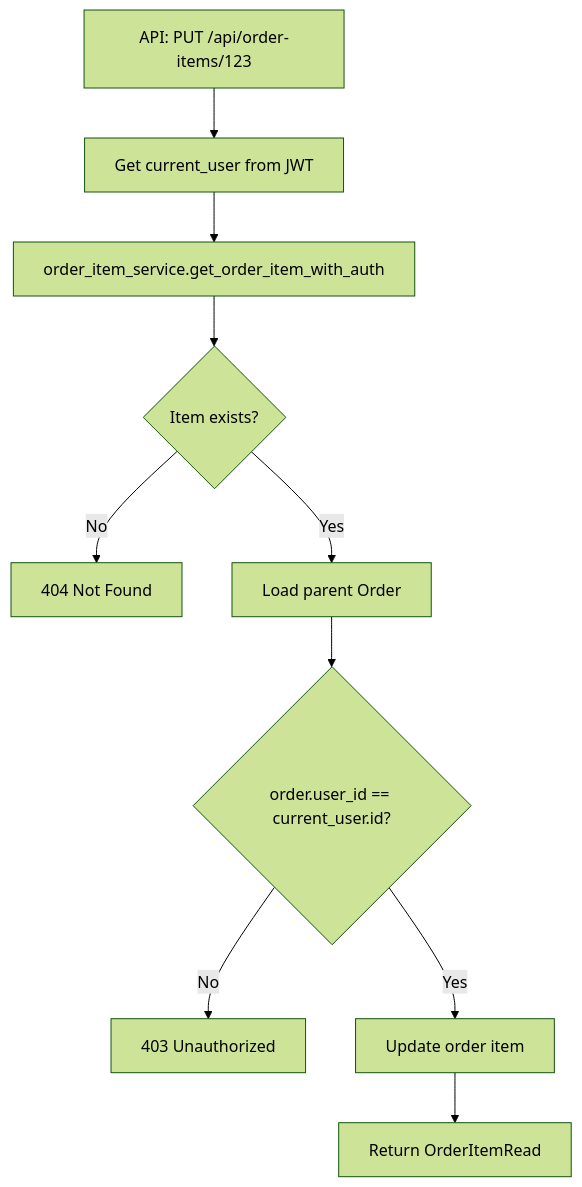
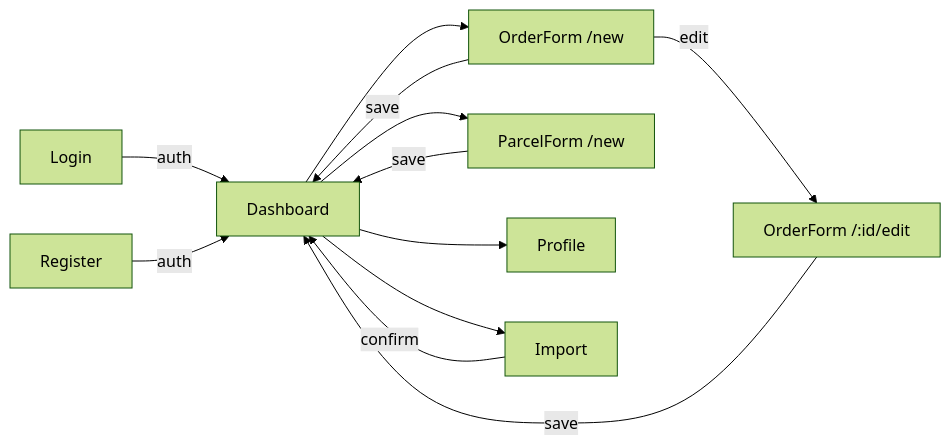
Before and after one commit to Brain-Master/BM_SmartParcelTracker: the third of 3 diagrams in ROADMAP_now.md, drawn with Mermaid (forest theme). The commit also changed other lines of this file and 14 other files, not shown here.

````diff
--- a/ROADMAP_now.md
+++ b/ROADMAP_now.md
@@ -626,12 +762,14 @@
 ```mermaid
-flowchart TD
-    A[API: PUT /api/order-items/123] --> B[Get current_user from JWT]
-    B --> C[order_item_service.get_order_item_with_auth]
-    C --> D{Item exists?}
-    D -->|No| E[404 Not Found]
-    D -->|Yes| F[Load parent Order]
-    F --> G{order.user_id == current_user.id?}
-    G -->|No| H[403 Unauthorized]
-    G -->|Yes| I[Update order item]
-    I --> J[Return OrderItemRead]
+graph LR
+    A[Login] -->|auth| B[Dashboard]
+    C[Register] -->|auth| B
+    B --> D[OrderForm /new]
+    B --> E[ParcelForm /new]
+    B --> F[Profile]
+    B --> G[Import]
+    D -->|save| B
+    E -->|save| B
+    G -->|confirm| B
+    D -->|edit| H[OrderForm /:id/edit]
+    H -->|save| B
 ```
````
